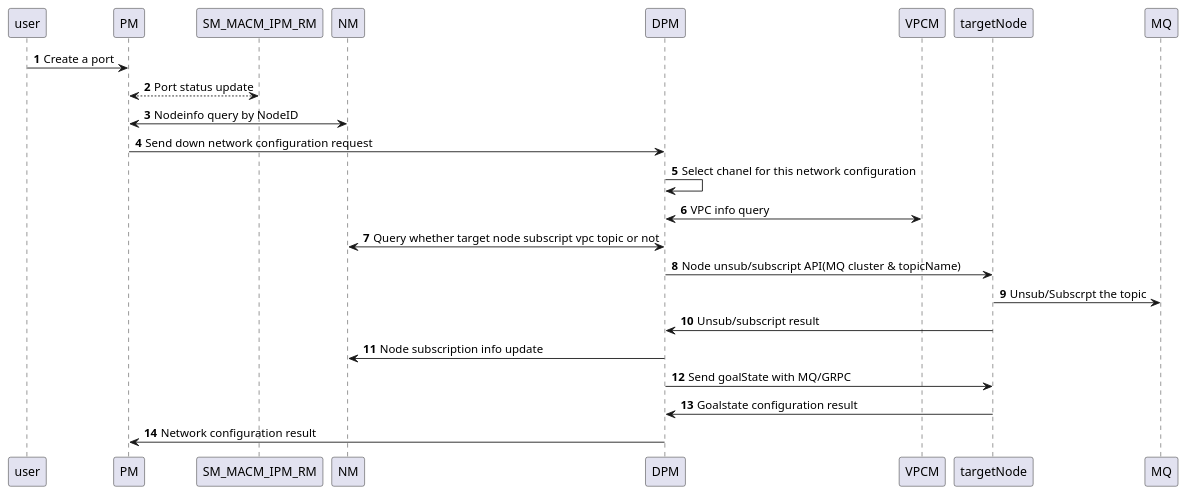
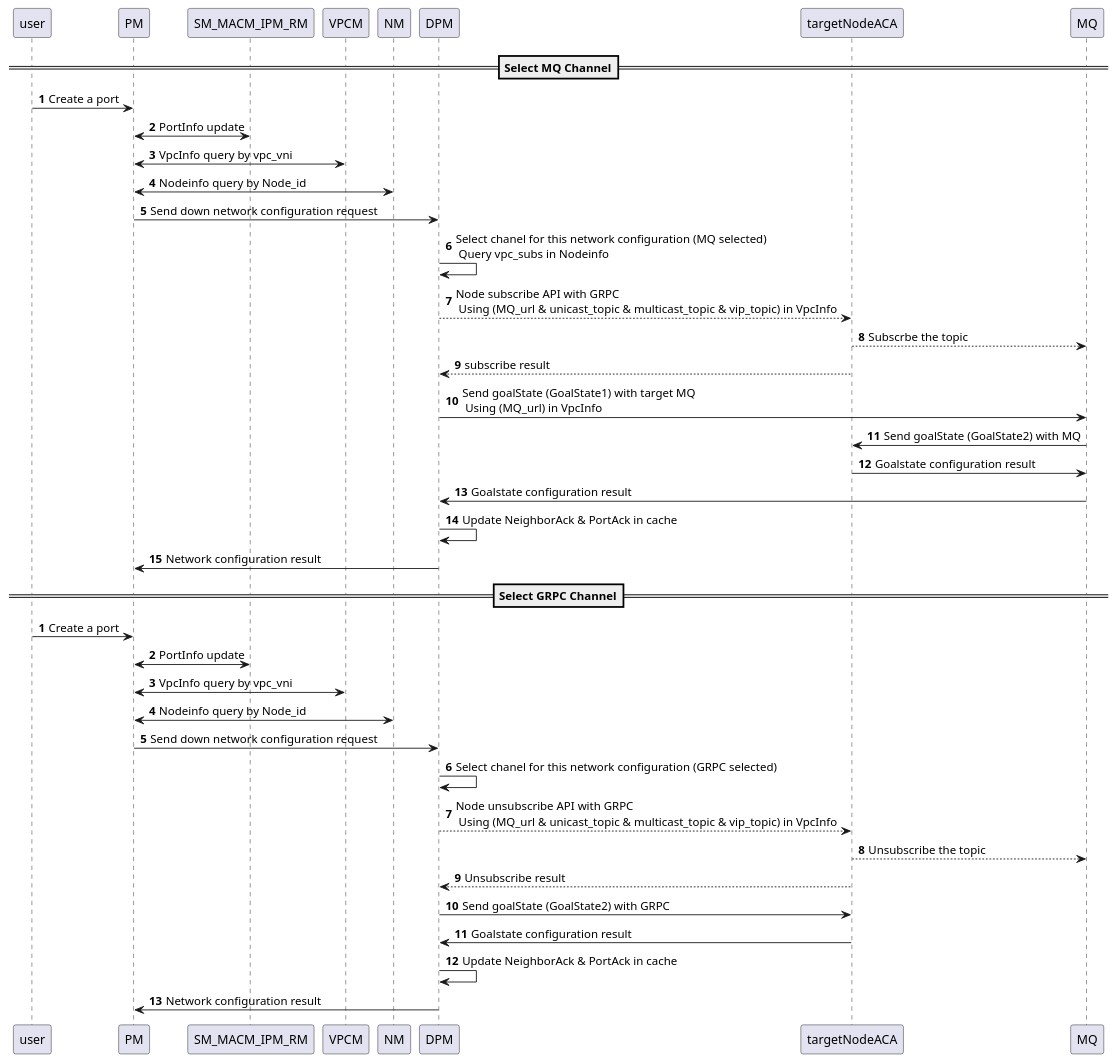
The diagram in docs/modules/ROOT/workflows/MQ_portcreate.puml (futurewei-cloud/alcor), drawn with PlantUML before and after one commit. The commit also changed 11 other files, not shown here.

```diff
--- a/docs/modules/ROOT/workflows/MQ_portcreate.puml
+++ b/docs/modules/ROOT/workflows/MQ_portcreate.puml
@@ -1,24 +1,51 @@
 @startuml
 'https://plantuml.com/sequence-diagram
 
+
+== Select MQ Channel==
 autonumber
 
 user -> PM: Create a port
-PM <--> SM_MACM_IPM_RM: Port status update
-PM <-> NM: Nodeinfo query by NodeID
+PM <-> SM_MACM_IPM_RM: PortInfo update
+PM <-> VPCM: VpcInfo query by vpc_vni
+PM <-> NM: Nodeinfo query by Node_id
 PM -> DPM: Send down network configuration request
-DPM ->DPM: Select chanel for this network configuration
-DPM <-> VPCM: VPC info query
-DPM <->NM: Query whether target node subscript vpc topic or not
-DPM -> targetNode: Node unsub/subscript API(MQ cluster & topicName)
-targetNode -> MQ: Unsub/Subscrpt the topic
-targetNode -> DPM: Unsub/subscript result
-DPM -> NM: Node subscription info update
-DPM -> targetNode: Send goalState with MQ/GRPC
-targetNode -> DPM: Goalstate configuration result
+DPM ->DPM: Select chanel for this network configuration (MQ selected)\n Query vpc_subs in Nodeinfo
+'DPM <-> VPCM: VPC info query
+'DPM <->NM: Query whether target node subscript vpc topic or not
+DPM --> targetNodeACA: Node subscribe API with GRPC\n Using (MQ_url & unicast_topic & multicast_topic & vip_topic) in VpcInfo
+targetNodeACA --> MQ: Subscrbe the topic
+targetNodeACA --> DPM: subscribe result
+'DPM -> NM: Node subscription info update
+DPM -> MQ: Send goalState (GoalState1) with target MQ\n Using (MQ_url) in VpcInfo
+MQ -> targetNodeACA: Send goalState (GoalState2) with MQ
+targetNodeACA -> MQ: Goalstate configuration result
+MQ -> DPM: Goalstate configuration result
+DPM -> DPM: Update NeighborAck & PortAck in cache
 DPM -> PM: Network configuration result
 
 
 
+== Select GRPC Channel==
+autonumber
+
+user -> PM: Create a port
+PM <-> SM_MACM_IPM_RM: PortInfo update
+PM <-> VPCM: VpcInfo query by vpc_vni
+PM <-> NM: Nodeinfo query by Node_id
+PM -> DPM: Send down network configuration request
+DPM ->DPM: Select chanel for this network configuration (GRPC selected)
+'DPM <-> VPCM: VPC info query
+'DPM <->NM: Query whether target node subscript vpc topic or not
+DPM --> targetNodeACA: Node unsubscribe API with GRPC\n Using (MQ_url & unicast_topic & multicast_topic & vip_topic) in VpcInfo
+targetNodeACA --> MQ: Unsubscribe the topic
+targetNodeACA --> DPM: Unsubscribe result
+'DPM -> NM: Node subscription info update
+DPM -> targetNodeACA: Send goalState (GoalState2) with GRPC
+targetNodeACA -> DPM: Goalstate configuration result
+DPM -> DPM: Update NeighborAck & PortAck in cache
+DPM -> PM: Network configuration result
+
+
 
 @enduml
```
